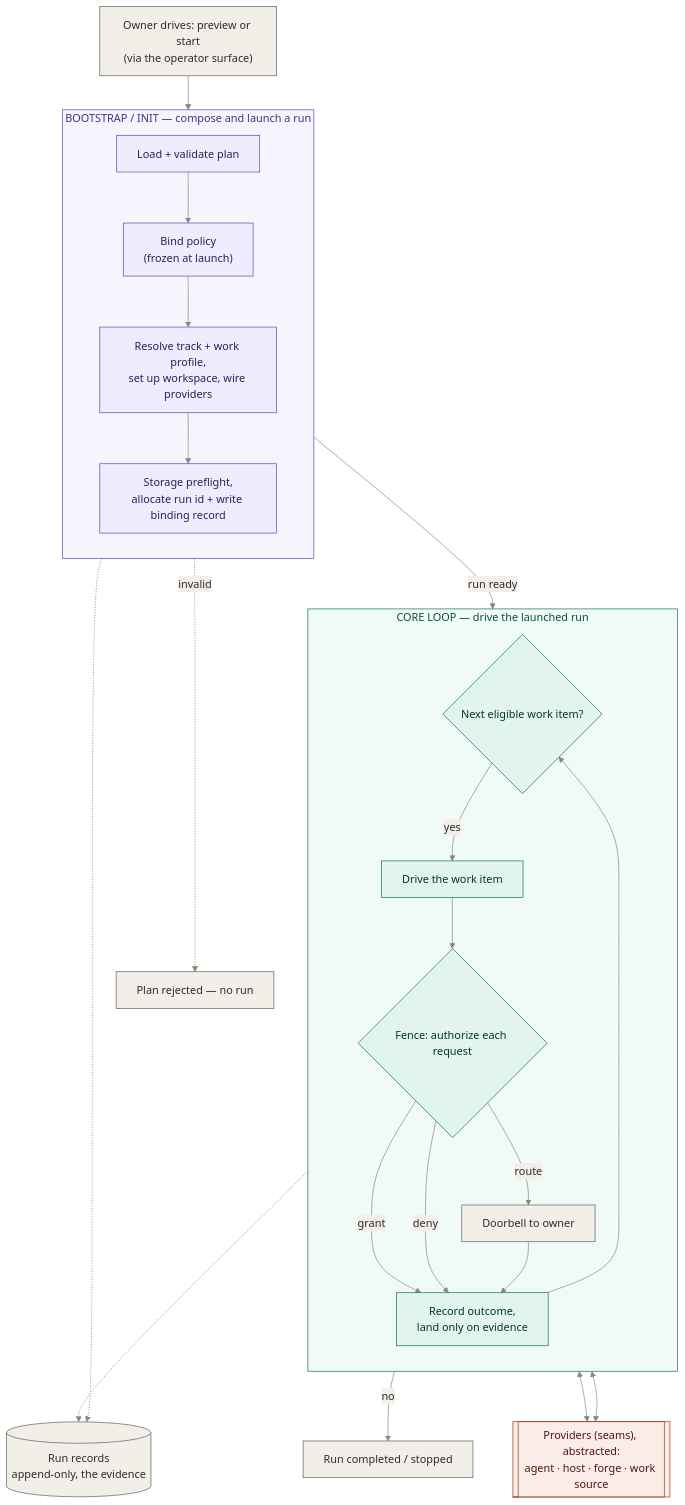
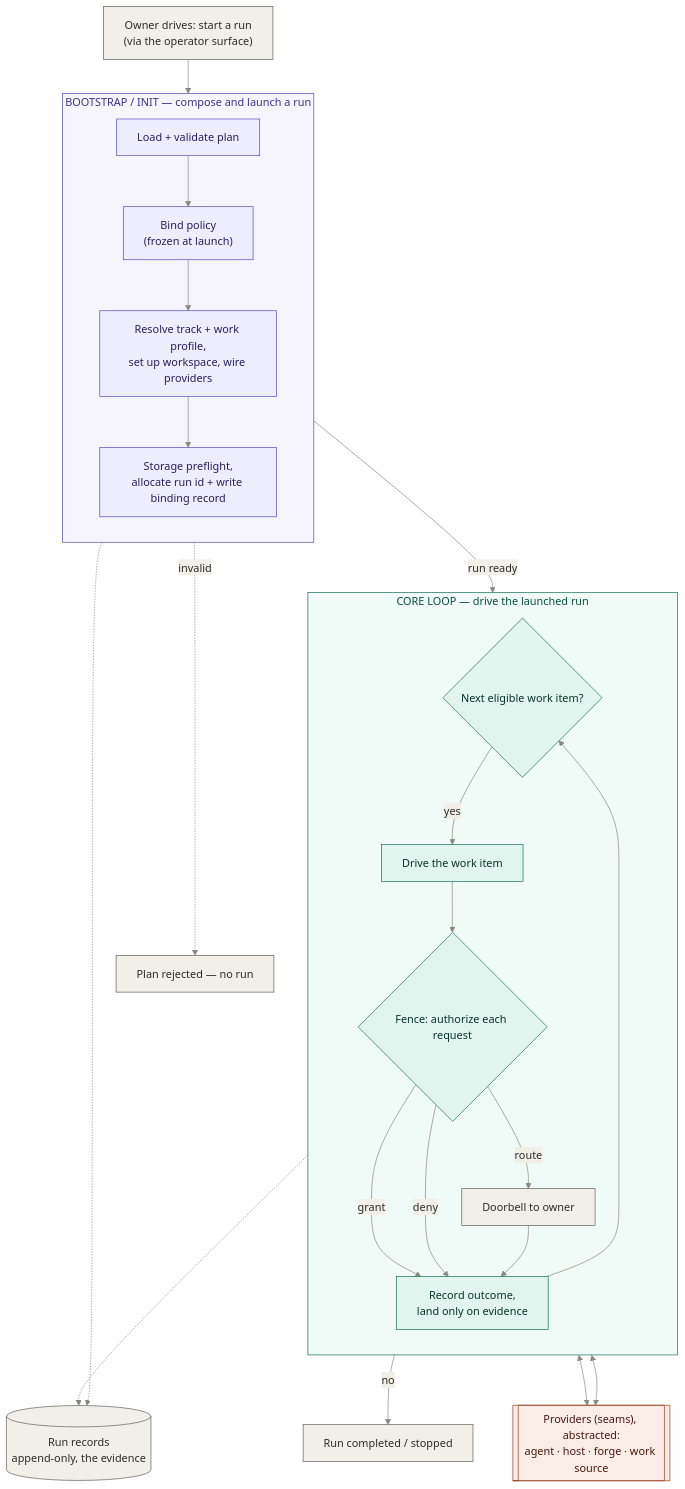
Before and after one commit to agentic-workflow-kit/jig: the second of 2 diagrams in docs/design/core/README.md, drawn with Mermaid. The commit also changed 3 other files, not shown here.

First line of the commit message:
docs: address scaffold review — contract wording, preview/start branch, work-source clarity

````diff
--- a/docs/design/core/README.md
+++ b/docs/design/core/README.md
@@ -156,54 +156,54 @@
 ```mermaid
 %%{init: {'theme':'base','themeVariables':{'fontFamily':'ui-sans-serif, -apple-system, Segoe UI, Roboto, sans-serif','lineColor':'#888780','edgeLabelBackground':'#F1EFE8','primaryTextColor':'#2C2C2A','clusterBorder':'#B4B2A9'}}}%%
 flowchart TD
-    Drive["Owner drives: preview or start<br/>(via the operator surface)"]
+    Drive["Owner drives: start a run<br/>(via the operator surface)"]
 
     subgraph BOOT["BOOTSTRAP / INIT — compose and launch a run"]
         direction TB
         B1["Load + validate plan"]
         B2["Bind policy<br/>(frozen at launch)"]
         B3["Resolve track + work profile,<br/>set up workspace, wire providers"]
         B4["Storage preflight,<br/>allocate run id + write binding record"]
         B1 --> B2 --> B3 --> B4
     end
 
     subgraph LOOP["CORE LOOP — drive the launched run"]
         direction TB
         C1{"Next eligible work item?"}
         C2["Drive the work item"]
         C3{"Fence: authorize each request"}
         C4["Record outcome,<br/>land only on evidence"]
         C1 -->|yes| C2 --> C3
         C3 -->|grant| C4
         C3 -->|deny| C4
         C3 -->|route| Door["Doorbell to owner"]
         Door --> C4
         C4 --> C1
     end
 
     Rej["Plan rejected — no run"]
     Done["Run completed / stopped"]
     Providers[["Providers (seams), abstracted:<br/>agent · host · forge · work source"]]
     Records[("Run records<br/>append-only, the evidence")]
 
     Drive --> B1
     B1 -.->|invalid| Rej
     B4 -->|run ready| C1
     C1 -->|no| Done
     C2 <--> Providers
     C4 <--> Providers
     BOOT -.-> Records
     LOOP -.-> Records
 
     classDef config fill:#EEEDFE,stroke:#534AB7,color:#26215C;
     classDef core fill:#E1F5EE,stroke:#0F6E56,color:#04342C;
     classDef seam fill:#FAECE7,stroke:#993C1D,color:#4A1B0C;
     classDef neutral fill:#F1EFE8,stroke:#5F5E5A,color:#2C2C2A;
     class Drive,Door,Rej,Done,Records neutral;
     class B1,B2,B3,B4 config;
     class C1,C2,C3,C4 core;
     class Providers seam;
 
     style BOOT fill:#F6F5FE,stroke:#534AB7,color:#3C3489
     style LOOP fill:#F0FAF6,stroke:#0F6E56,color:#085041
 ```
````
